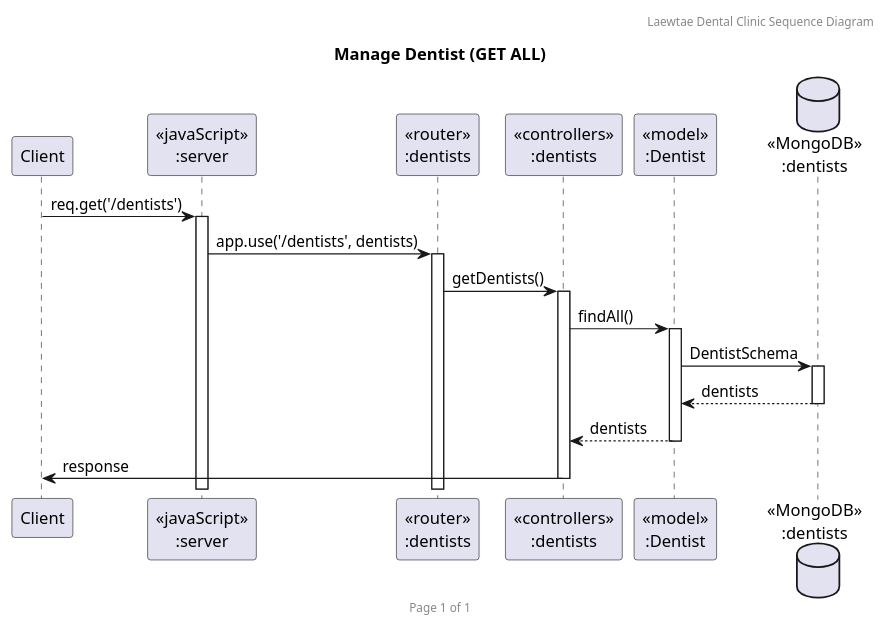
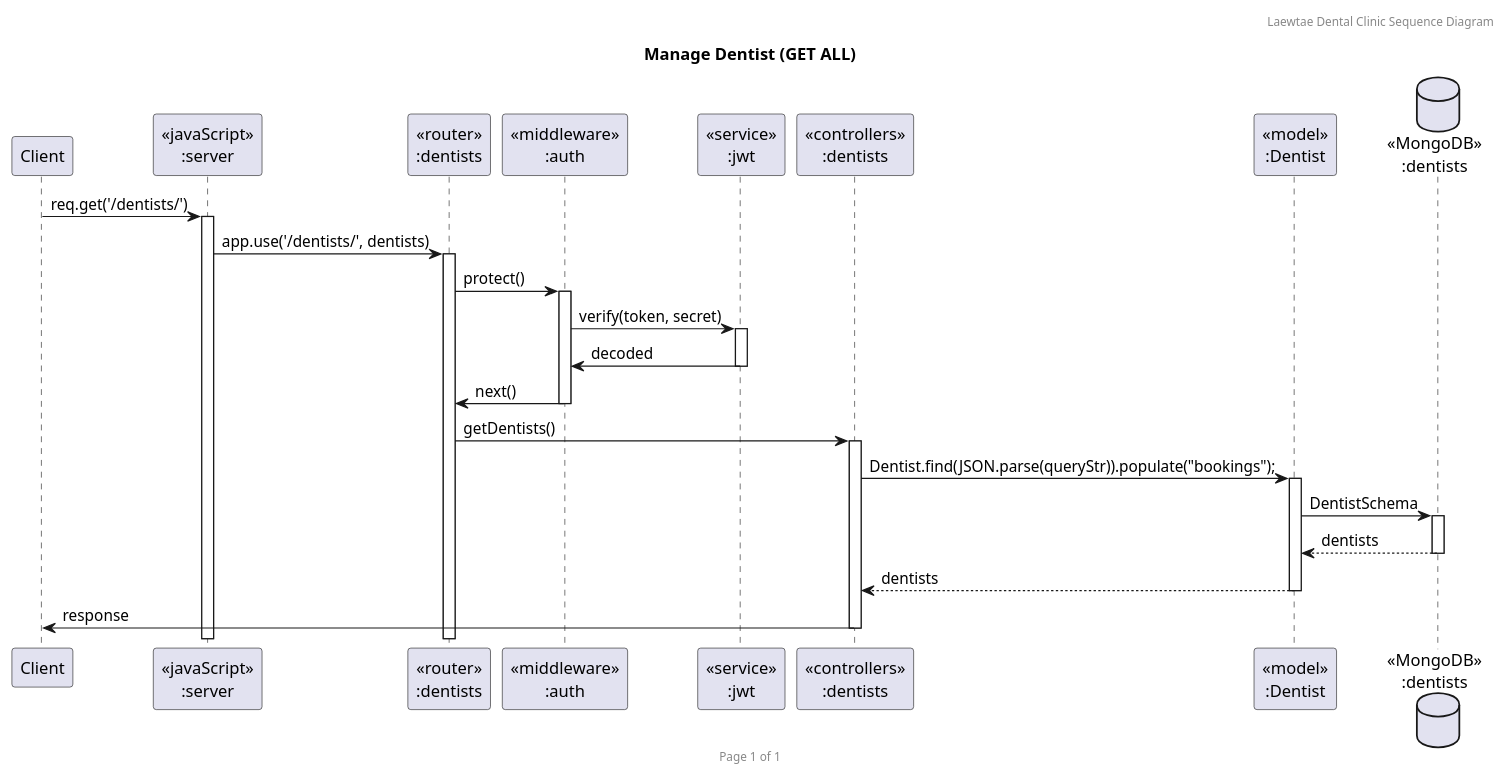
Before and after one commit to nattapong232/DentistBooking: the diagram in UML/SequenceDiagram/DentistSequence/DentistSequenceGetAll.puml, drawn with PlantUML. The commit also changed 21 other files, not shown here.

Commit message:
Update sequence diagram

```diff
--- a/UML/SequenceDiagram/DentistSequence/DentistSequenceGetAll.puml
+++ b/UML/SequenceDiagram/DentistSequence/DentistSequenceGetAll.puml
@@ -1,23 +1,30 @@
 @startuml Manage Dentist (GET ALL)
 
 header Laewtae Dental Clinic Sequence Diagram
 footer Page %page% of %lastpage%
 title "Manage Dentist (GET ALL)"
 
 participant "Client" as client
 participant "<<javaScript>>\n:server" as server
 participant "<<router>>\n:dentists" as routerDentists
+participant "<<middleware>>\n:auth" as auth
+participant "<<service>>\n:jwt" as jwt
 participant "<<controllers>>\n:dentists" as controllersDentists
 participant "<<model>>\n:Dentist" as modelDentist
 database "<<MongoDB>>\n:dentists" as DentistsDatabase
 
-client->server ++:req.get('/dentists')
-server->routerDentists ++:app.use('/dentists', dentists)
+client->server ++:req.get('/dentists/')
+server->routerDentists ++:app.use('/dentists/', dentists)
+routerDentists -> auth ++:protect()
+auth -> jwt ++:verify(token, secret)
+auth <- jwt --:decoded
+
+routerDentists <- auth --:next()
 routerDentists -> controllersDentists ++:getDentists()
-controllersDentists->modelDentist ++:findAll()
+controllersDentists->modelDentist ++:Dentist.find(JSON.parse(queryStr)).populate("bookings");
 modelDentist ->DentistsDatabase ++: DentistSchema
 DentistsDatabase --> modelDentist --: dentists
-controllersDentists <-- modelDentist --:dentists
+controllersDentists <-- modelDentist --: dentists
 controllersDentists->client --:response
 
 @enduml
```
